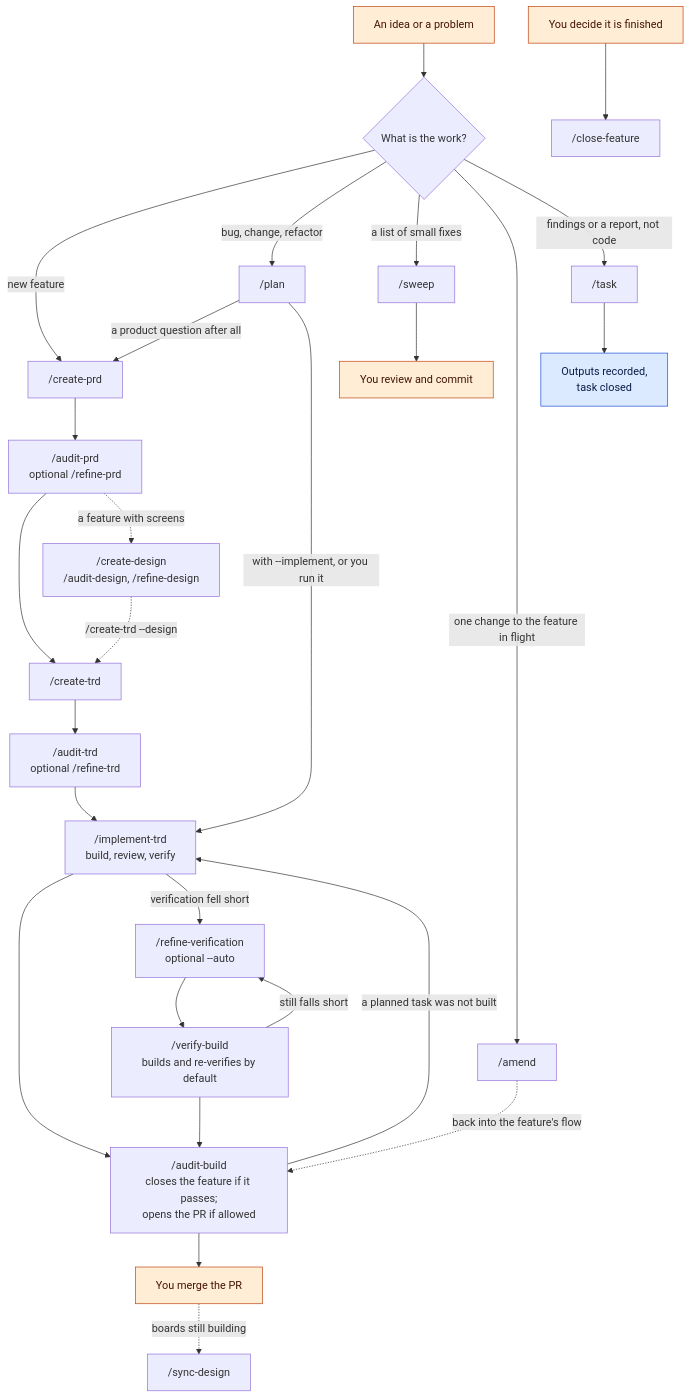
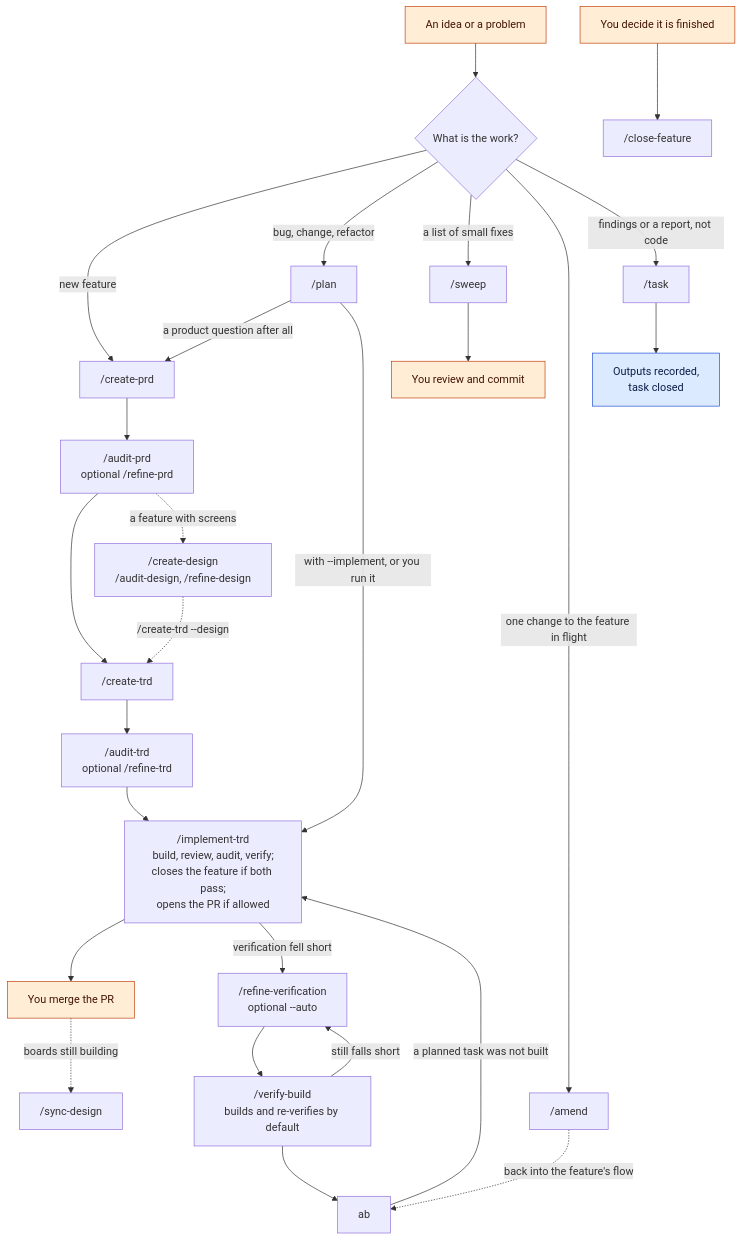
One commit to FortiumPartners/ensemble-vnext changed the first of 13 diagrams in docs/guides/PROCESS.md. Above: the diagram before and after it, drawn with Mermaid. The commit also changed other lines of this file and 19 other files, not shown here.

````diff
--- a/docs/guides/PROCESS.md
+++ b/docs/guides/PROCESS.md
@@ -43,20 +43,20 @@
 ```mermaid
 flowchart TD
     idea["An idea or a problem"]:::you --> q{"What is the work?"}
-    q -->|"new feature"| cprd["/create-prd"] --> aprd["/audit-prd<br/>optional /refine-prd"] --> ctrd["/create-trd"] --> atrd["/audit-trd<br/>optional /refine-trd"] --> impl["/implement-trd<br/>build, review, verify"] --> ab["/audit-build<br/>closes the feature if it passes;<br/>opens the PR if allowed"] --> merge["You merge the PR"]:::you
+    q -->|"new feature"| cprd["/create-prd"] --> aprd["/audit-prd<br/>optional /refine-prd"] --> ctrd["/create-trd"] --> atrd["/audit-trd<br/>optional /refine-trd"] --> impl["/implement-trd<br/>build, review, audit, verify;<br/>closes the feature if both pass;<br/>opens the PR if allowed"] --> merge["You merge the PR"]:::you
     aprd -.->|"a feature with screens"| cd["/create-design<br/>/audit-design, /refine-design"] -.->|"/create-trd --design"| ctrd
     merge -.->|"boards still building"| sd["/sync-design"]
     q -->|"bug, change, refactor"| plan["/plan"]
     plan -->|"a product question after all"| cprd
     plan -->|"with --implement, or you run it"| impl
     q -->|"a list of small fixes"| sweep["/sweep"] --> commit["You review and commit"]:::you
     q -->|"one change to the feature in flight"| amend["/amend"] -.->|"back into the feature's flow"| ab
     q -->|"findings or a report, not code"| task["/task"] --> rep["Outputs recorded,<br/>task closed"]:::code
     ab -->|"a planned task was not built"| impl
     impl -->|"verification fell short"| rv["/refine-verification<br/>optional --auto"] --> vb["/verify-build<br/>builds and re-verifies by default"] --> ab
     vb -->|"still falls short"| rv
     you2["You decide it is finished"]:::you --> cf["/close-feature"]
     classDef code fill:#dbeafe,stroke:#1d4ed8,color:#0b1d4a
     classDef model fill:#ede9fe,stroke:#6d28d9,color:#2e1065
     classDef you fill:#ffedd5,stroke:#c2410c,color:#431407
 ```
````
